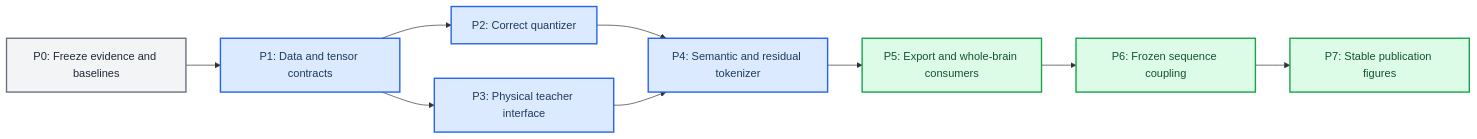
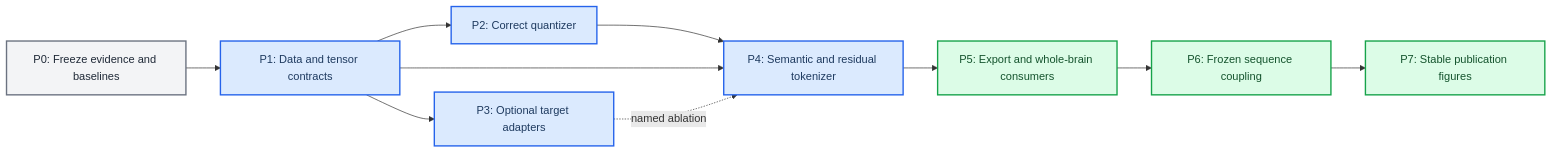
The diagram in docs/physiology_semantic_tokenizer/04_IMPLEMENTATION_VALIDATION_PLAN.md (Kevin65536/PID-MCM), drawn with Mermaid before and after one commit. The commit also changed other lines of this file and 19 other files, not shown here.

````diff
--- a/docs/physiology_semantic_tokenizer/04_IMPLEMENTATION_VALIDATION_PLAN.md
+++ b/docs/physiology_semantic_tokenizer/04_IMPLEMENTATION_VALIDATION_PLAN.md
@@ -17,22 +23,23 @@
 ```mermaid
 flowchart LR
     accTitle: Implementation dependency and gate order
     accDescr: The redesign proceeds from frozen baselines through data and quantizer contracts, semantic tokenization, exports, frozen coupling analysis, and publication figures.
 
     archive["P0: Freeze evidence and baselines"] --> contracts["P1: Data and tensor contracts"]
     contracts --> quantizer["P2: Correct quantizer"]
-    contracts --> teacher["P3: Physical teacher interface"]
+    contracts --> teacher["P3: Optional target adapters"]
     quantizer --> tokenizer["P4: Semantic and residual tokenizer"]
-    teacher --> tokenizer
+    contracts --> tokenizer
+    teacher -. "named ablation" .-> tokenizer
     tokenizer --> export["P5: Export and whole-brain consumers"]
     export --> coupling["P6: Frozen sequence coupling"]
     coupling --> figures["P7: Stable publication figures"]
 
     classDef archived fill:#f3f4f6,stroke:#6b7280,stroke-width:2px,color:#1f2937
     classDef foundation fill:#dbeafe,stroke:#2563eb,stroke-width:2px,color:#1e3a5f
     classDef evaluation fill:#dcfce7,stroke:#16a34a,stroke-width:2px,color:#14532d
 
     class archive archived
     class contracts,quantizer,teacher,tokenizer foundation
     class export,coupling,figures evaluation
 ```
````
